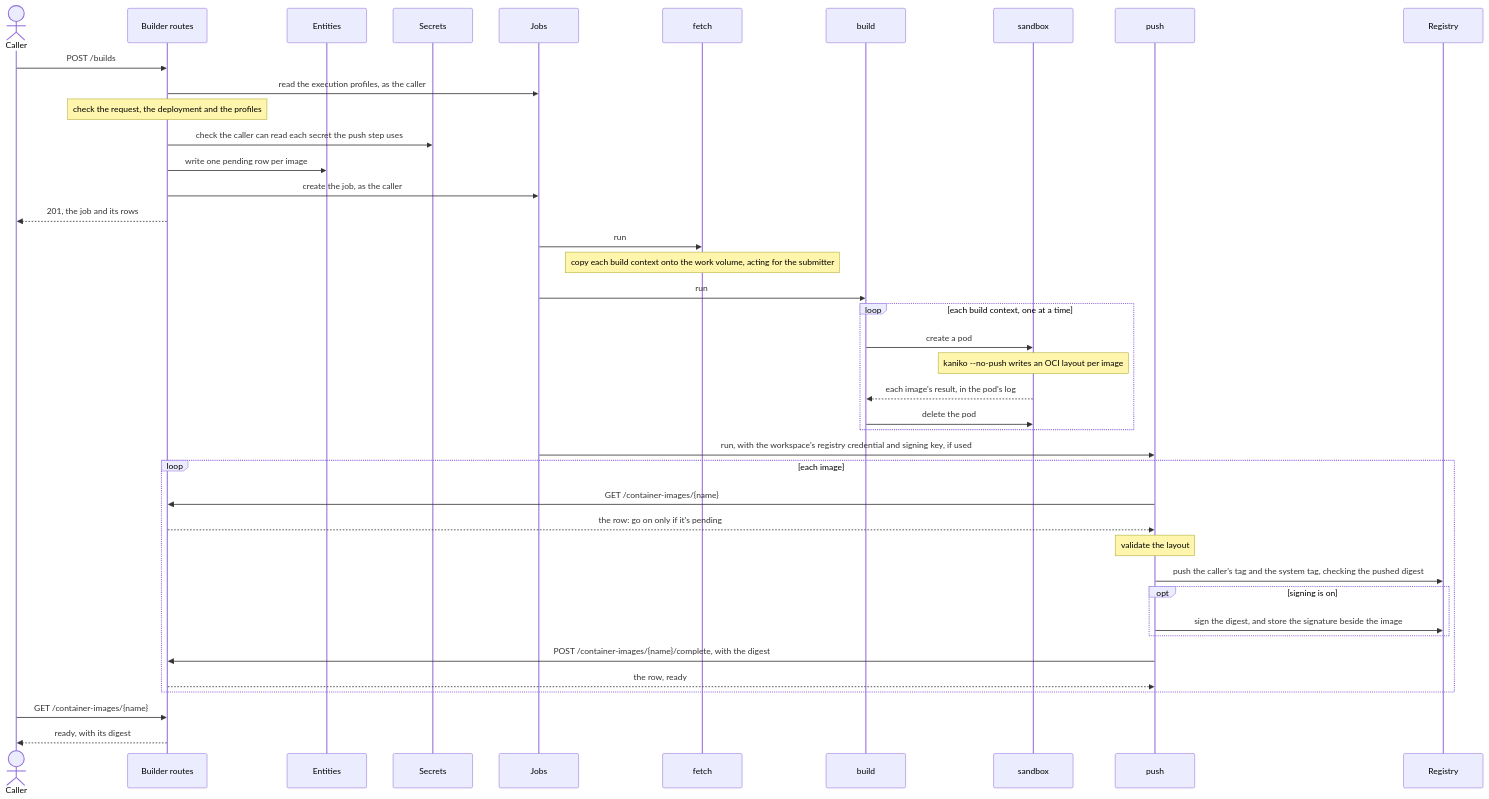
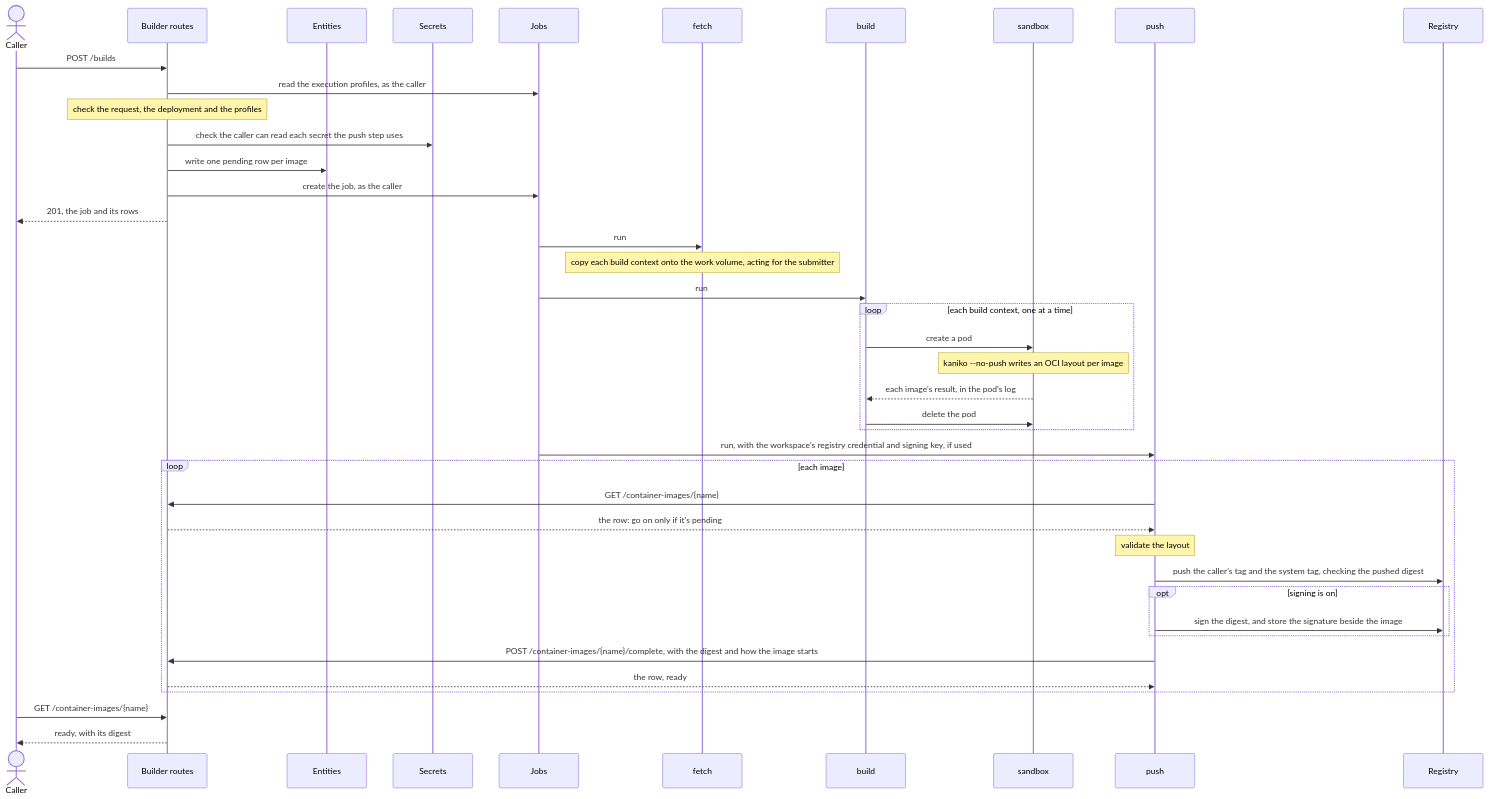
One commit to NVIDIA-NeMo/nemo-helix changed the second of 2 diagrams in plugins/nemo-builder/README.md. Above: the diagram before and after it, drawn with Mermaid. The commit also changed other lines of this file and 7 other files, not shown here.

First line of the commit message:
feat(builder): record how each image starts from its config

````diff
--- a/plugins/nemo-builder/README.md
+++ b/plugins/nemo-builder/README.md
@@ -449,44 +450,44 @@
 ```mermaid
 sequenceDiagram
     actor Caller
     participant API as Builder routes
     participant Entities
     participant Secrets
     participant Jobs
     participant Fetch as fetch
     participant Build as build
     participant Sandbox as sandbox
     participant Push as push
     participant Registry
 
     Caller->>API: POST /builds
     API->>Jobs: read the execution profiles, as the caller
     Note over API: check the request, the deployment and the profiles
     API->>Secrets: check the caller can read each secret the push step uses
     API->>Entities: write one pending row per image
     API->>Jobs: create the job, as the caller
     API-->>Caller: 201, the job and its rows
     Jobs->>Fetch: run
     Note over Fetch: copy each build context onto the work volume, acting for the submitter
     Jobs->>Build: run
     loop each build context, one at a time
         Build->>Sandbox: create a pod
         Note over Sandbox: kaniko --no-push writes an OCI layout per image
         Sandbox-->>Build: each image's result, in the pod's log
         Build->>Sandbox: delete the pod
     end
     Jobs->>Push: run, with the workspace's registry credential and signing key, if used
     loop each image
         Push->>API: GET /container-images/{name}
         API-->>Push: the row: go on only if it's pending
         Note over Push: validate the layout
         Push->>Registry: push the caller's tag and the system tag, checking the pushed digest
         opt signing is on
             Push->>Registry: sign the digest, and store the signature beside the image
         end
-        Push->>API: POST /container-images/{name}/complete, with the digest
+        Push->>API: POST /container-images/{name}/complete, with the digest and how the image starts
         API-->>Push: the row, ready
     end
     Caller->>API: GET /container-images/{name}
     API-->>Caller: ready, with its digest
 ```
````
